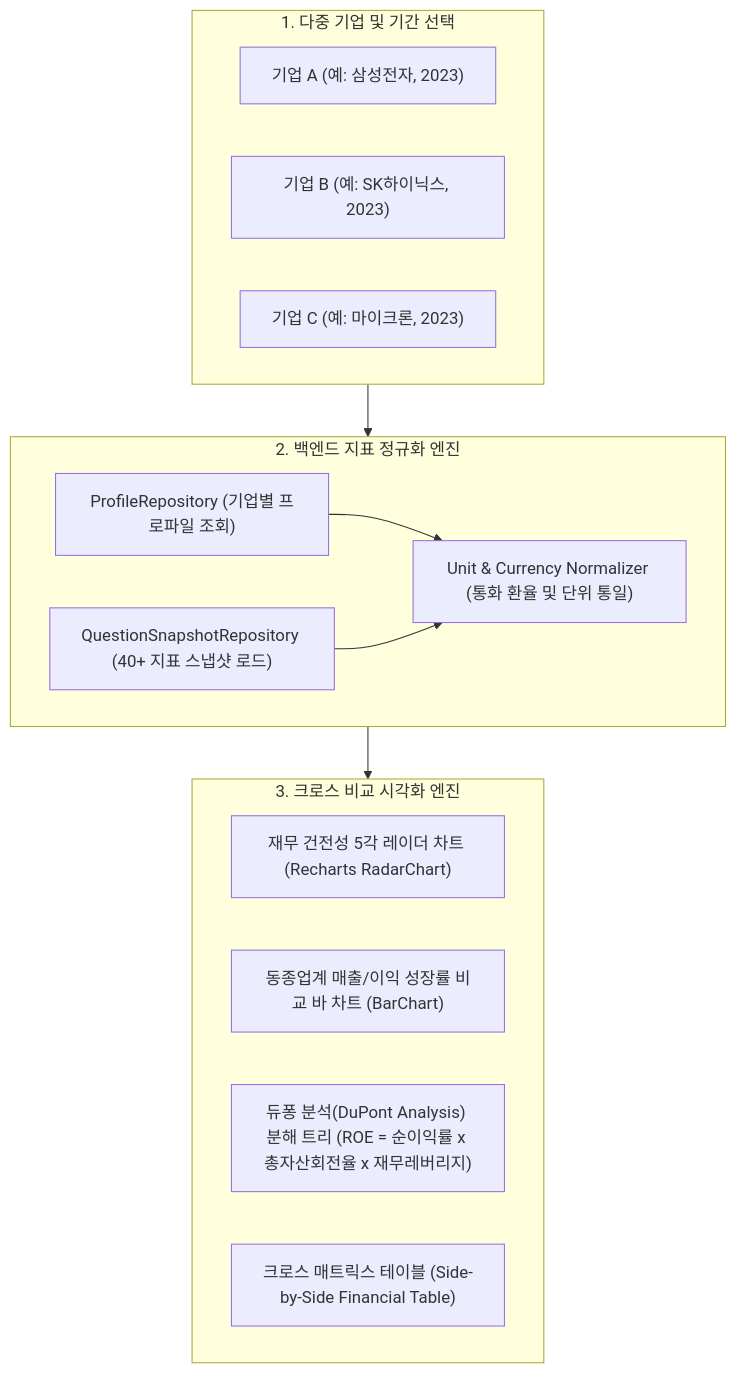
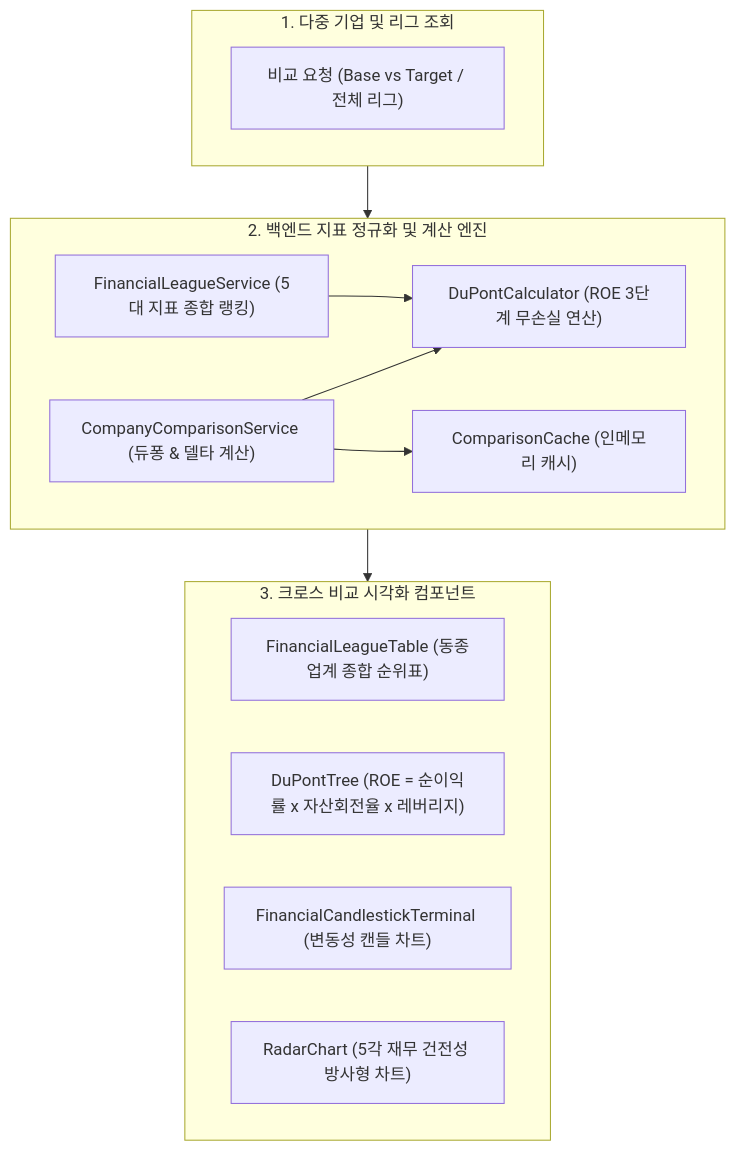
The diagram in docs/blueprints/04_workspace_blueprints/BP-405_ws_company_comparison.md (bist-mini-final/bist-mini-final), drawn with Mermaid before and after one commit. The commit also changed other lines of this file and 6 other files, not shown here.

Commit message:
docs: sync final report SEC-305, SEC-403 and BP-405 with merged company comparison v1/v2 and financial league features

````diff
--- a/docs/blueprints/04_workspace_blueprints/BP-405_ws_company_comparison.md
+++ b/docs/blueprints/04_workspace_blueprints/BP-405_ws_company_comparison.md
@@ -11,26 +11,26 @@
 ```mermaid
 flowchart TD
-    subgraph MultiCompanySelection ["1. 다중 기업 및 기간 선택"]
-        COMP_A["기업 A (예: 삼성전자, 2023)"]
-        COMP_B["기업 B (예: SK하이닉스, 2023)"]
-        COMP_C["기업 C (예: 마이크론, 2023)"]
+    subgraph MultiCompanySelection ["1. 다중 기업 및 리그 조회"]
+        COMP_REQ["비교 요청 (Base vs Target / 전체 리그)"]
     end
 
-    subgraph NormalizationEngine ["2. 백엔드 지표 정규화 엔진"]
-        PROFILE_REPO["ProfileRepository (기업별 프로파일 조회)"]
-        SNAPSHOT_REPO["QuestionSnapshotRepository (40+ 지표 스냅샷 로드)"]
-        NORM["Unit & Currency Normalizer (통화 환율 및 단위 통일)"]
-        PROFILE_REPO --> NORM
-        SNAPSHOT_REPO --> NORM
+    subgraph BackendComparisonEngine ["2. 백엔드 지표 정규화 및 계산 엔진"]
+        LEAGUE_SVC["FinancialLeagueService (5대 지표 종합 랭킹)"]
+        COMP_SVC["CompanyComparisonService (듀퐁 & 델타 계산)"]
+        CALC["DuPontCalculator (ROE 3단계 무손실 연산)"]
+        CACHE["ComparisonCache (인메모리 캐시)"]
+        LEAGUE_SVC --> CALC
+        COMP_SVC --> CALC
+        COMP_SVC --> CACHE
     end
 
-    subgraph AnalyticsVisualizer ["3. 크로스 비교 시각화 엔진"]
-        RADAR["재무 건전성 5각 레이더 차트 (Recharts RadarChart)"]
-        GROWTH_BAR["동종업계 매출/이익 성장률 비교 바 차트 (BarChart)"]
-        DUPONT["듀퐁 분석(DuPont Analysis) 분해 트리 (ROE = 순이익률 x 총자산회전율 x 재무레버리지)"]
-        MATRIX["크로스 매트릭스 테이블 (Side-by-Side Financial Table)"]
+    subgraph FrontendVisualizers ["3. 크로스 비교 시각화 컴포넌트"]
+        LEAGUE_TABLE["FinancialLeagueTable (동종업계 종합 순위표)"]
+        DUPONT_TREE["DuPontTree (ROE = 순이익률 x 자산회전율 x 레버리지)"]
+        CANDLE["FinancialCandlestickTerminal (변동성 캔들 차트)"]
+        RADAR["RadarChart (5각 재무 건전성 방사형 차트)"]
     end
 
-    MultiCompanySelection --> NormalizationEngine
-    NormalizationEngine --> AnalyticsVisualizer
+    MultiCompanySelection --> BackendComparisonEngine
+    BackendComparisonEngine --> FrontendVisualizers
 ```
````
